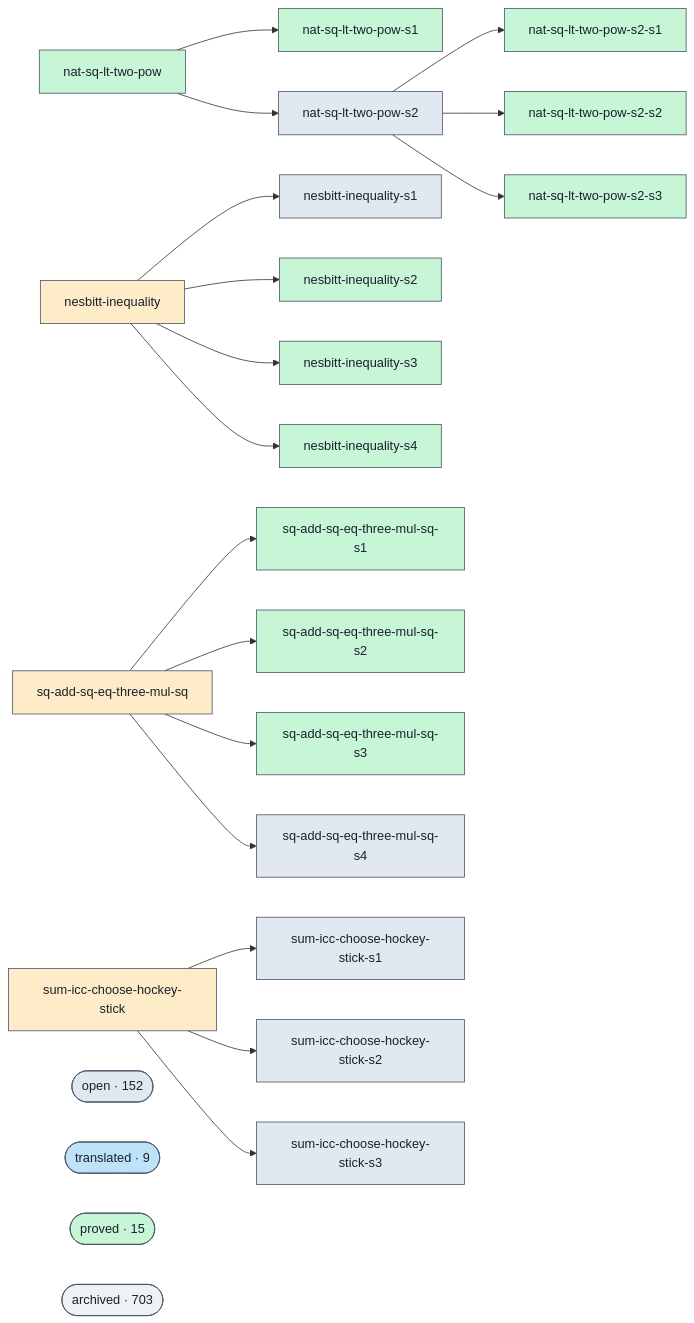
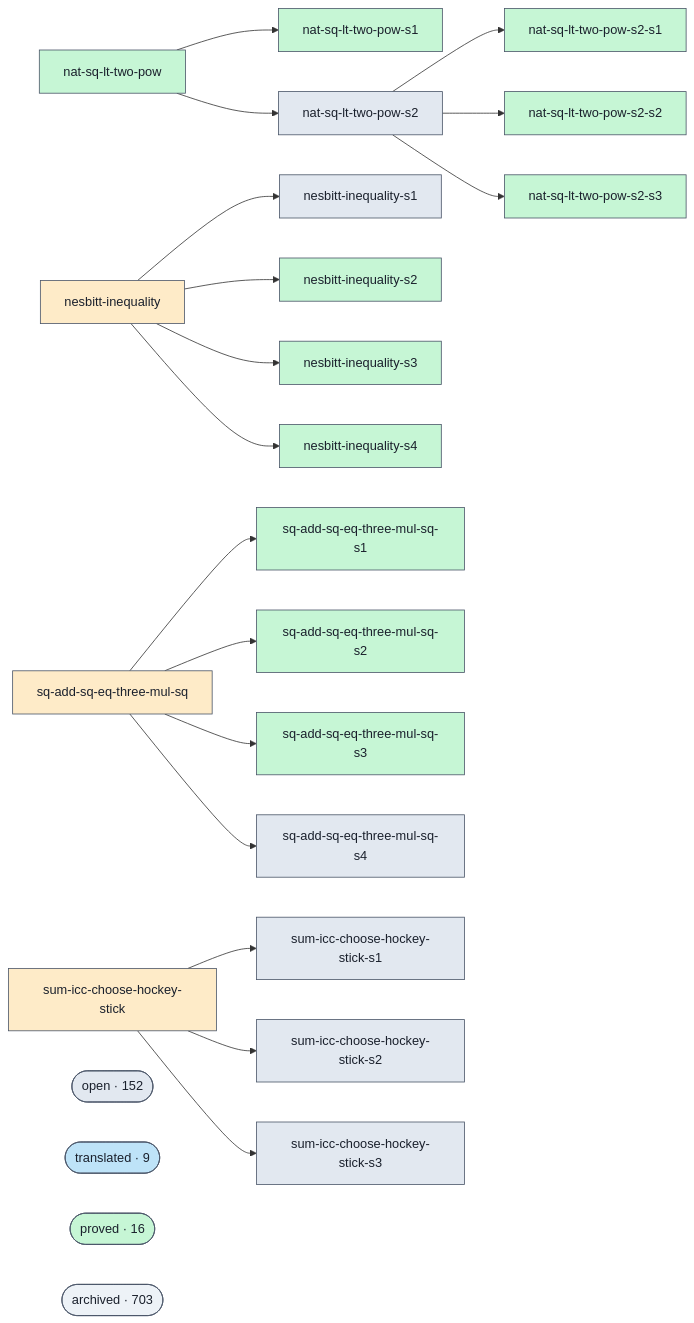
Before and after one commit to ohdearquant/unsorry: the diagram in docs/proofs-contributors-visualisation.md, drawn with Mermaid. The commit also changed other lines of this file and 2 other files, not shown here.

```diff
--- a/docs/proofs-contributors-visualisation.md
+++ b/docs/proofs-contributors-visualisation.md
@@ -102,7 +102,7 @@
   class cluster_open open;
   cluster_translated(["translated · 9"])
   class cluster_translated translated;
-  cluster_proved(["proved · 15"])
+  cluster_proved(["proved · 16"])
   class cluster_proved proved;
   cluster_archived(["archived · 703"])
   class cluster_archived unknown;
```
